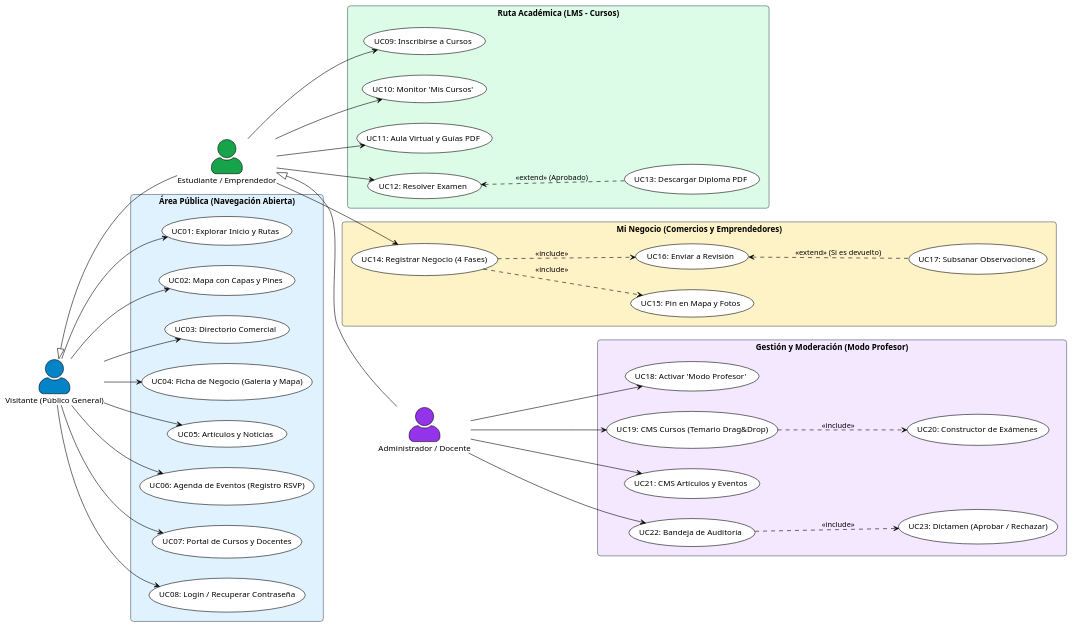
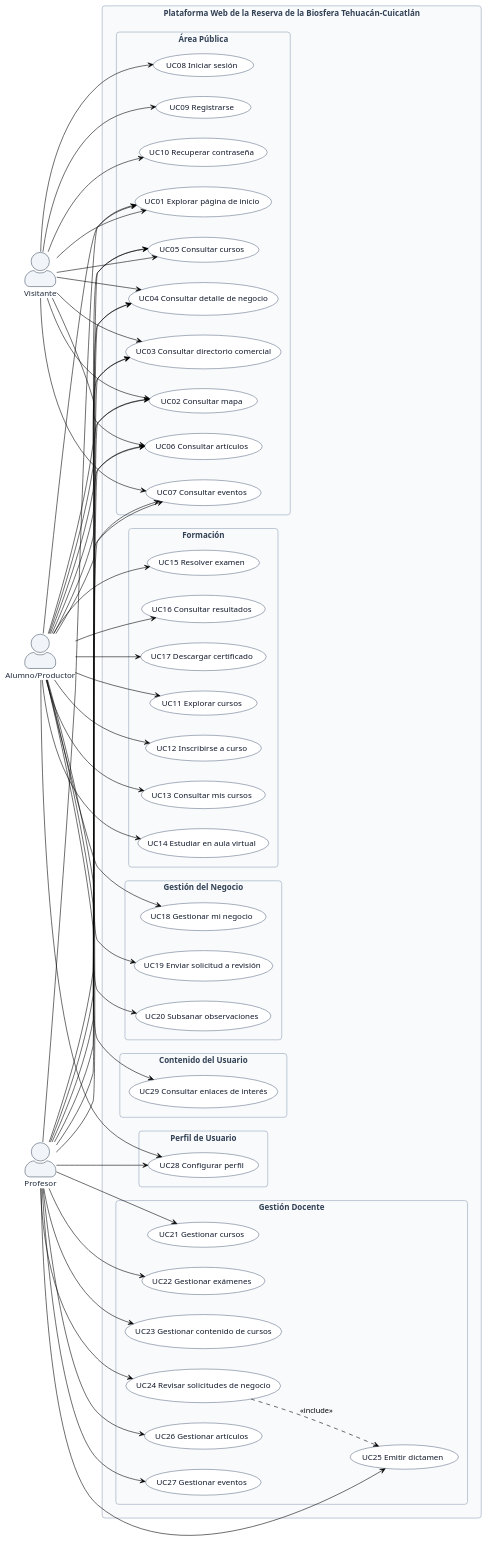
Before and after one commit to DaveCuc/reserva-platform: the first of 2 diagrams in documentacion/Diagrama_1_Casos_de_Uso.md, drawn with PlantUML. The commit also changed other lines of this file and 12 other files, not shown here.

Commit message:
docs: add comprehensive system architecture, dashboard logic, and reference documentation markdown files

````diff
--- a/documentacion/Diagrama_1_Casos_de_Uso.md
+++ b/documentacion/Diagrama_1_Casos_de_Uso.md
@@ -42,86 +111,138 @@
 skinparam shadowing false
 left to right direction
 
-' --- ESTILOS DE COLORES ---
+' --- ESTILOS SOBRIOS Y ACADÉMICOS ---
 skinparam rectangle {
-  BorderColor #475569
-  BackgroundColor White
+    BackgroundColor #F8FAFC
+    BorderColor #94A3B8
+    FontColor #334155
+}
+skinparam usecase {
+    BackgroundColor #FFFFFF
+    BorderColor #64748B
+    FontColor #0F172A
+}
+skinparam actor {
+    BackgroundColor #F1F5F9
+    BorderColor #475569
+    FontColor #1E293B
 }
 
 ' --- ACTORES ---
-actor "Visitante (Público General)" as Turista #0284C7
-actor "Estudiante / Emprendedor" as Estudiante #16A34A
-actor "Administrador / Docente" as Admin #9333EA
+actor "Visitante" as V
+actor "Alumno/Productor" as A
+actor "Profesor" as P
 
-Turista <|-- Estudiante
-Estudiante <|-- Admin
+' --- FRONTERA DEL SISTEMA ---
+rectangle "Plataforma Web de la Reserva de la Biosfera Tehuacán-Cuicatlán" {
 
-' --- PAQUETES ---
+    rectangle "Área Pública" {
+        usecase "UC01 Explorar página de inicio" as UC01
+        usecase "UC02 Consultar mapa" as UC02
+        usecase "UC03 Consultar directorio comercial" as UC03
+        usecase "UC04 Consultar detalle de negocio" as UC04
+        usecase "UC05 Consultar cursos" as UC05
+        usecase "UC06 Consultar artículos" as UC06
+        usecase "UC07 Consultar eventos" as UC07
+        usecase "UC08 Iniciar sesión" as UC08
+        usecase "UC09 Registrarse" as UC09
+        usecase "UC10 Recuperar contraseña" as UC10
+    }
 
-rectangle "Área Pública (Navegación Abierta)" #E0F2FE {
-    usecase "UC01: Explorar Inicio y Rutas" as UC_Inicio
-    usecase "UC02: Mapa con Capas y Pines" as UC_Mapa
-    usecase "UC03: Directorio Comercial" as UC_Directorio
-    usecase "UC04: Ficha de Negocio (Galería y Mapa)" as UC_FichaNegocio
-    usecase "UC05: Artículos y Noticias" as UC_Articulos
-    usecase "UC06: Agenda de Eventos (Registro RSVP)" as UC_Eventos
-    usecase "UC07: Portal de Cursos y Docentes" as UC_CursosPub
-    usecase "UC08: Login / Recuperar Contraseña" as UC_Login
+    rectangle "Formación" {
+        usecase "UC11 Explorar cursos" as UC11
+        usecase "UC12 Inscribirse a curso" as UC12
+        usecase "UC13 Consultar mis cursos" as UC13
+        usecase "UC14 Estudiar en aula virtual" as UC14
+        usecase "UC15 Resolver examen" as UC15
+        usecase "UC16 Consultar resultados" as UC16
+        usecase "UC17 Descargar certificado" as UC17
+    }
+
+    rectangle "Gestión del Negocio" {
+        usecase "UC18 Gestionar mi negocio" as UC18
+        usecase "UC19 Enviar solicitud a revisión" as UC19
+        usecase "UC20 Subsanar observaciones" as UC20
+    }
+
+    rectangle "Contenido del Usuario" {
+        usecase "UC29 Consultar enlaces de interés" as UC29
+    }
+
+    rectangle "Perfil de Usuario" {
+        usecase "UC28 Configurar perfil" as UC28
+    }
+
+    rectangle "Gestión Docente" {
+        usecase "UC21 Gestionar cursos" as UC21
+        usecase "UC22 Gestionar exámenes" as UC22
+        usecase "UC23 Gestionar contenido de cursos" as UC23
+        usecase "UC24 Revisar solicitudes de negocio" as UC24
+        usecase "UC25 Emitir dictamen" as UC25
+        usecase "UC26 Gestionar artículos" as UC26
+        usecase "UC27 Gestionar eventos" as UC27
+    }
 }
 
-rectangle "Ruta Académica (LMS - Cursos)" #DCFCE7 {
-    usecase "UC09: Inscribirse a Cursos" as UC_Inscribir
-    usecase "UC10: Monitor 'Mis Cursos'" as UC_MisCursos
-    usecase "UC11: Aula Virtual y Guías PDF" as UC_Aula
-    usecase "UC12: Resolver Examen" as UC_Examen
-    usecase "UC13: Descargar Diploma PDF" as UC_Diploma
-    
-    UC_Examen <.. UC_Diploma : <<extend>> (Aprobado)
-}
+' --- RELACIÓN INCLUDE ---
+UC24 ..> UC25 : <<include>>
 
-rectangle "Mi Negocio (Comercios y Emprendedores)" #FEF3C7 {
-    usecase "UC14: Registrar Negocio (4 Fases)" as UC_RegNegocio
-    usecase "UC15: Pin en Mapa y Fotos" as UC_GeoFotos
-    usecase "UC16: Enviar a Revisión" as UC_EnviarRev
-    usecase "UC17: Subsanar Observaciones" as UC_Subsanar
-    
-    UC_RegNegocio ..> UC_GeoFotos : <<include>>
-    UC_RegNegocio ..> UC_EnviarRev : <<include>>
-    UC_EnviarRev <.. UC_Subsanar : <<extend>> (Si es devuelto)
-}
+' --- ASOCIACIONES: VISITANTE ---
+V --> UC01
+V --> UC02
+V --> UC03
+V --> UC04
+V --> UC05
+V --> UC06
+V --> UC07
+V --> UC08
+V --> UC09
+V --> UC10
 
-rectangle "Gestión y Moderación (Modo Profesor)" #F3E8FF {
-    usecase "UC18: Activar 'Modo Profesor'" as UC_ModoProfesor
-    usecase "UC19: CMS Cursos (Temario Drag&Drop)" as UC_CMSCursos
-    usecase "UC20: Constructor de Exámenes" as UC_CMSExams
-    usecase "UC21: CMS Artículos y Eventos" as UC_CMSContenido
-    usecase "UC22: Bandeja de Auditoría" as UC_Auditoria
-    usecase "UC23: Dictamen (Aprobar / Rechazar)" as UC_Dictamen
-    
-    UC_CMSCursos ..> UC_CMSExams : <<include>>
-    UC_Auditoria ..> UC_Dictamen : <<include>>
-}
+' --- ASOCIACIONES: ALUMNO/PRODUCTOR ---
+' Área pública
+A --> UC01
+A --> UC02
+A --> UC03
+A --> UC04
+A --> UC05
+A --> UC06
+A --> UC07
+' Formación
+A --> UC11
+A --> UC12
+A --> UC13
+A --> UC14
+A --> UC15
+A --> UC16
+A --> UC17
+' Gestión del Negocio
+A --> UC18
+A --> UC19
+A --> UC20
+' Contenido del Usuario
+A --> UC29
+' Perfil de Usuario
+A --> UC28
 
-' --- ASOCIACIONES ---
-Turista --> UC_Inicio
-Turista --> UC_Mapa
-Turista --> UC_Directorio
-Turista --> UC_FichaNegocio
-Turista --> UC_Articulos
-Turista --> UC_Eventos
-Turista --> UC_CursosPub
-Turista --> UC_Login
-
-Estudiante --> UC_Inscribir
-Estudiante --> UC_MisCursos
-Estudiante --> UC_Aula
-Estudiante --> UC_Examen
-Estudiante --> UC_RegNegocio
-
-Admin --> UC_ModoProfesor
-Admin --> UC_CMSCursos
-Admin --> UC_CMSContenido
-Admin --> UC_Auditoria
-
+' --- ASOCIACIONES: PROFESOR ---
+' Área pública
+P --> UC01
+P --> UC02
+P --> UC03
+P --> UC04
+P --> UC05
+P --> UC06
+P --> UC07
+' Gestión Docente
+P --> UC21
+P --> UC22
+P --> UC23
+P --> UC24
+P --> UC25
+P --> UC26
+P --> UC27
+' Perfil de Usuario
+P --> UC28
 @enduml
 ```
````
